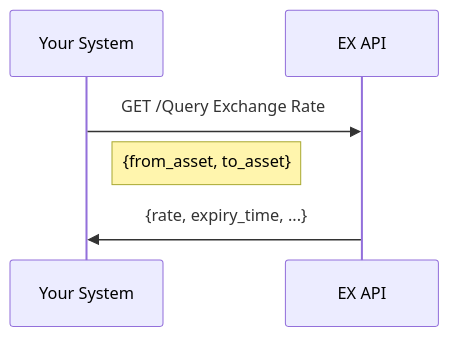
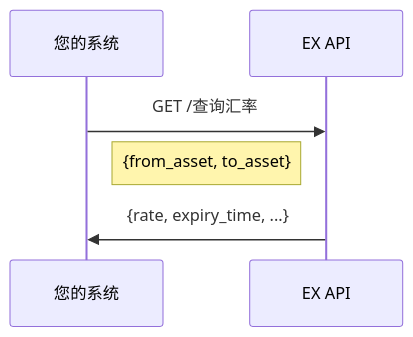
The sixth of 16 diagrams in Solutions/solutions/crypto-solutions-cn.md (xiaoxiaoangie/EX-NEW), drawn with Mermaid before and after one commit. The commit also changed other lines of this file and 36 other files, not shown here.

````diff
--- a/Solutions/solutions/crypto-solutions-cn.md
+++ b/Solutions/solutions/crypto-solutions-cn.md
@@ -269,9 +269,9 @@
 ```mermaid
 sequenceDiagram
-    participant You as Your System
+    participant You as 您的系统
     participant EX as EX API
 
-    You->>EX: GET /Query Exchange Rate
+    You->>EX: GET /查询汇率
     Note right of You: {from_asset, to_asset}
     EX->>You: {rate, expiry_time, ...}
 ```
````
